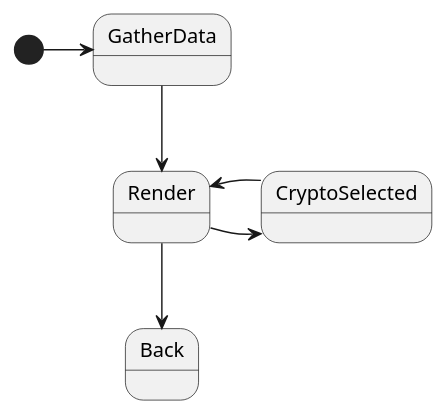
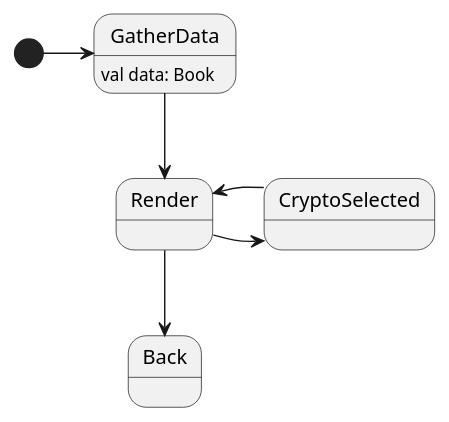
The diagram in app/src/main/java/me/jameshunt/flow3/summary/Summary.puml (huntj88/Flow), drawn with PlantUML before and after one commit. The commit also changed 8 other files, not shown here.

```diff
--- a/app/src/main/java/me/jameshunt/flow3/summary/Summary.puml
+++ b/app/src/main/java/me/jameshunt/flow3/summary/Summary.puml
@@ -1,9 +1,11 @@
 @startuml
+
+GatherData : val data: Book
 
 [*] -> GatherData
 GatherData --> Render
 Render --> Back
 Render -> CryptoSelected
 CryptoSelected -> Render
 
 @enduml
```
